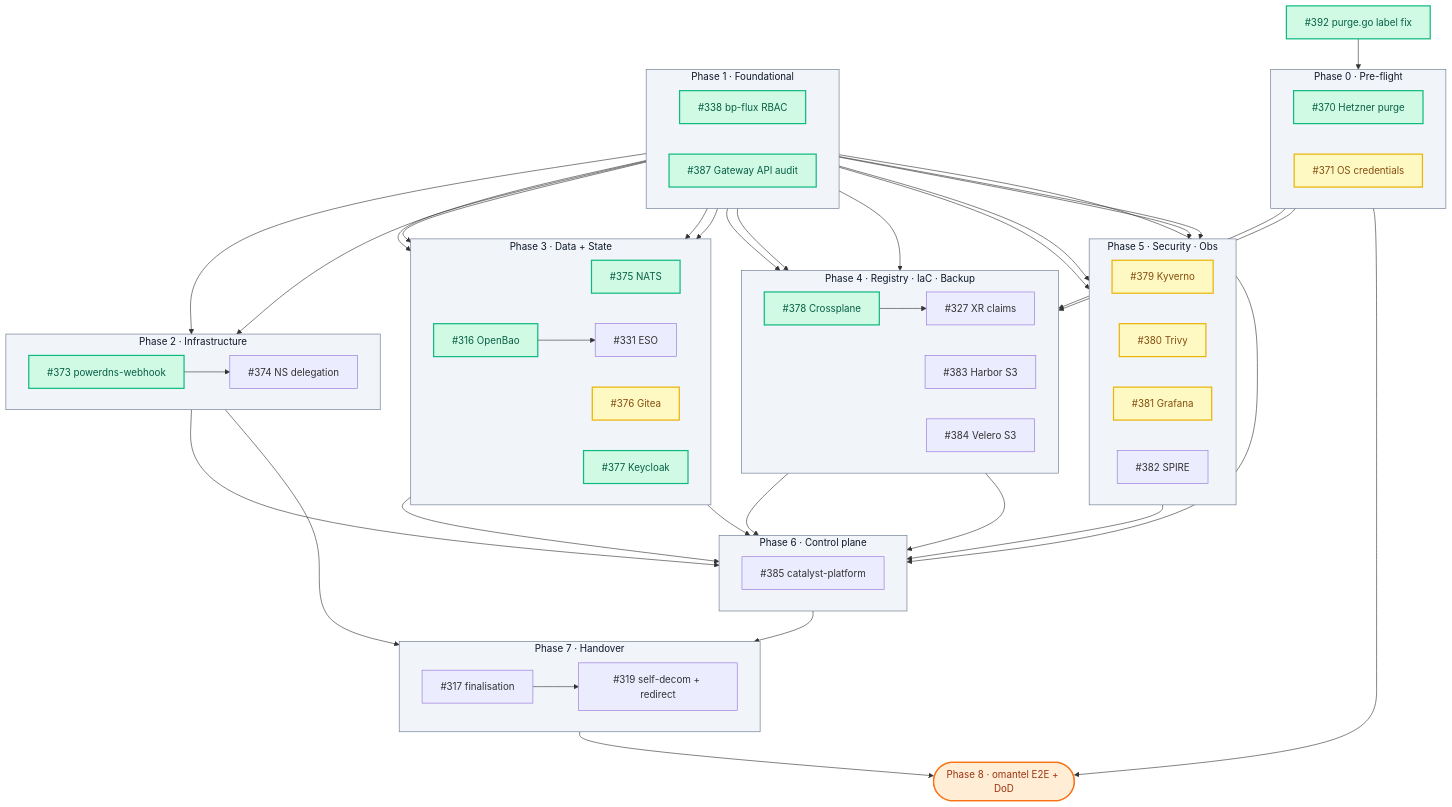
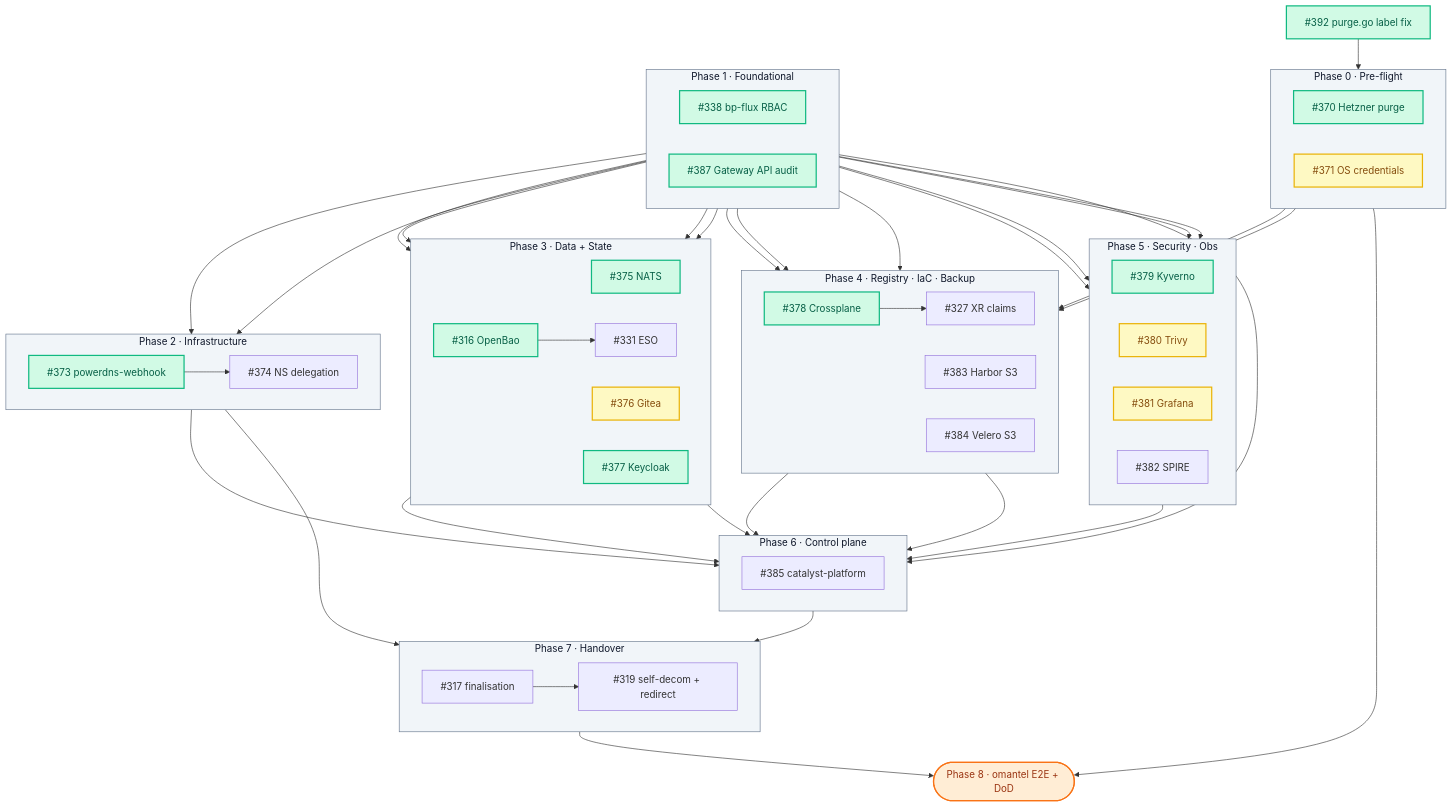
One commit to openova-io/openova changed the diagram in docs/omantel-handover-wbs.md. Above: the diagram before and after it, drawn with Mermaid. The commit also changed other lines of this file, not shown here.

First paragraph of the commit message:
docs(wbs): #379 bp-kyverno chart-verified — smoke OK on contabo, close as duplicate
bp-kyverno:1.0.0 (digest sha256:16edc78e…) was already published on GHCR
on 2026-04-30. The chart is correct for the minimal-Sovereign use case —
confirmed via smoke install on contabo.

```diff
--- a/docs/omantel-handover-wbs.md
+++ b/docs/omantel-handover-wbs.md
@@ -169,8 +169,8 @@
     T392 --> T370
 
     class PH0,PH1,PH2,PH3,PH4,PH5,PH6,PH7 phase
-    class T316,T338,T370,T373,T375,T377,T378,T387,T392 done
-    class T371,T376,T379,T380,T381 wip
+    class T316,T338,T370,T373,T375,T377,T378,T379,T387,T392 done
+    class T371,T376,T380,T381 wip
 
     %% Clickable ticket numbers — open the GitHub issue in a new tab
     click T316 "https://github.com/openova-io/openova/issues/316" "Open #316" _blank
```
